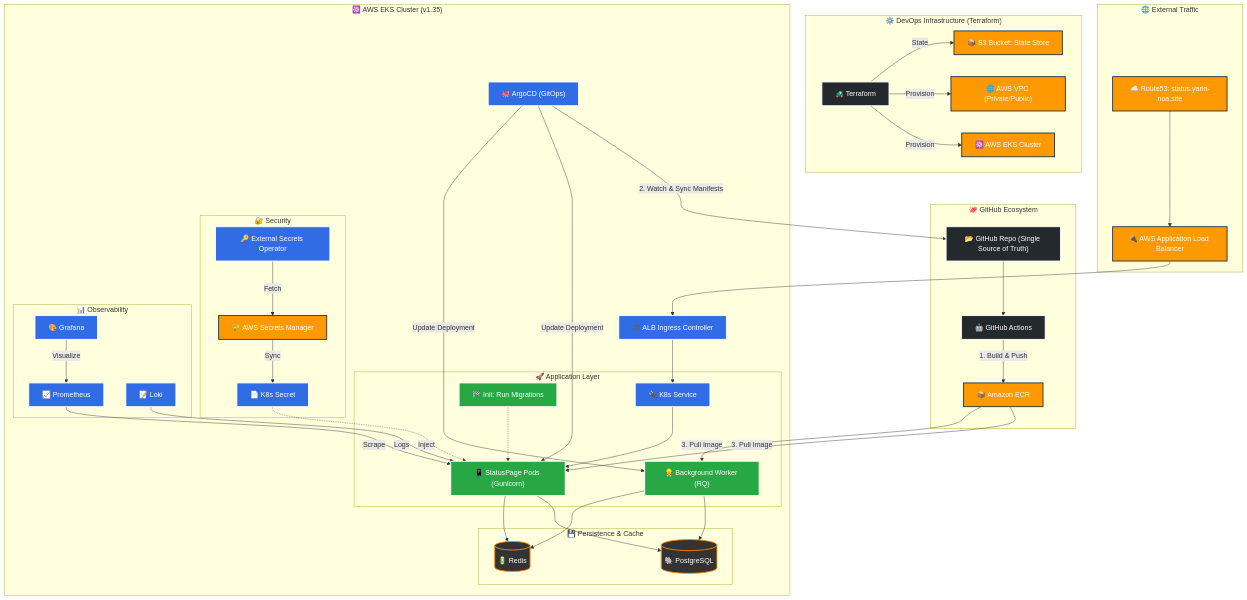
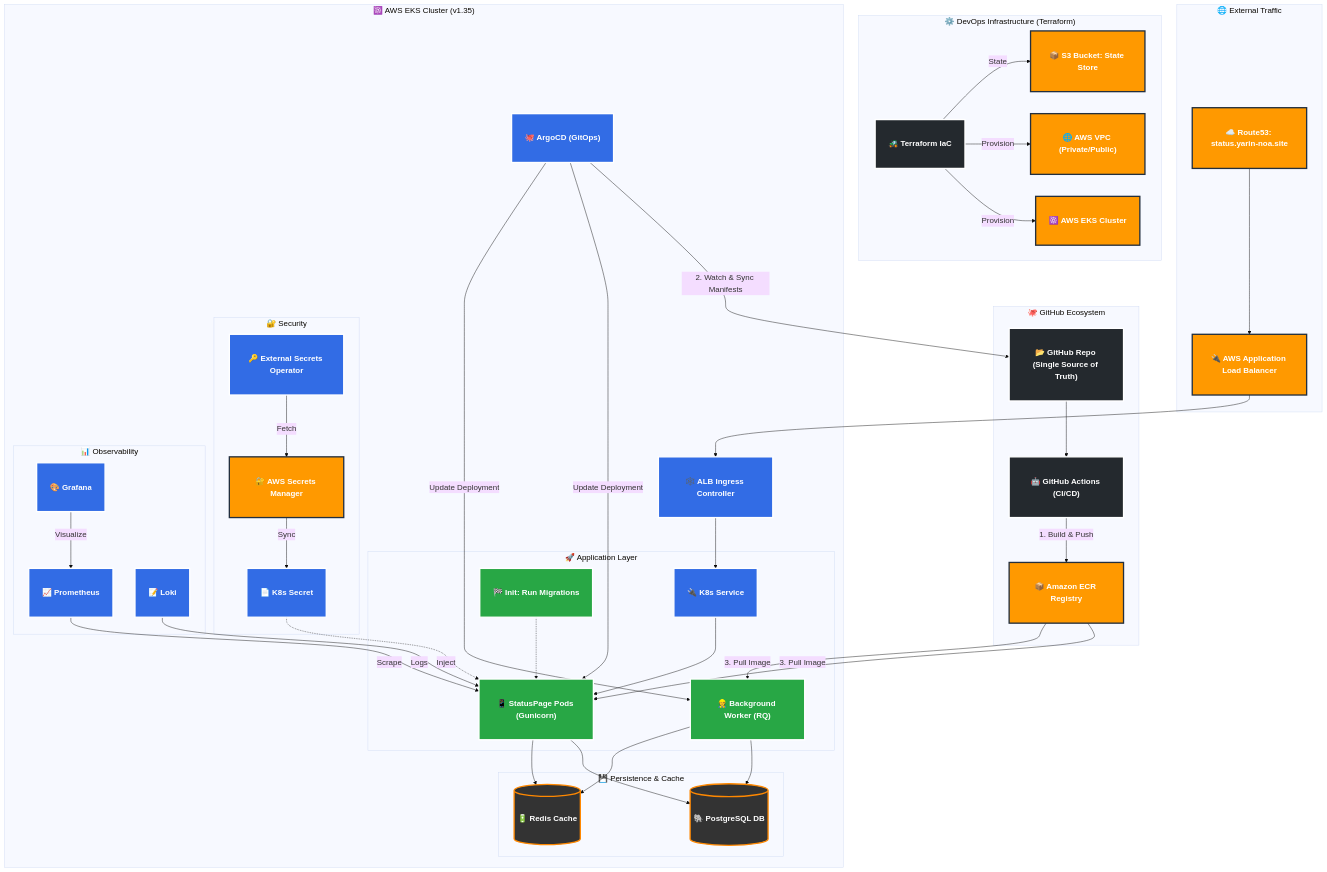
One commit to yarinalma6/nitzanim-final-workshop changed the diagram in README.md. Above: the diagram before and after it, drawn with Mermaid.

Commit message:
docs: increase Mermaid diagram size and legibility

````diff
--- a/README.md
+++ b/README.md
@@ -27,61 +27,62 @@
 ```mermaid
+%%{init: {'theme': 'base', 'themeVariables': { 'fontSize': '18px', 'fontFamily': 'Inter, system-ui, sans-serif'}}}%%
 graph TD
     %% Global Styles
-    classDef aws fill:#FF9900,stroke:#232F3E,stroke-width:2px,color:white;
-    classDef k8s fill:#326ce5,stroke:#fff,stroke-width:2px,color:white;
-    classDef db fill:#333,stroke:#f80,stroke-width:2px,color:white;
-    classDef gh fill:#24292e,stroke:#fff,stroke-width:2px,color:white;
-    classDef app fill:#28a745,stroke:#fff,stroke-width:2px,color:white;
+    classDef aws fill:#FF9900,stroke:#232F3E,stroke-width:3px,color:white,font-weight:bold,padding:20px;
+    classDef k8s fill:#326ce5,stroke:#fff,stroke-width:3px,color:white,font-weight:bold,padding:20px;
+    classDef db fill:#333,stroke:#f80,stroke-width:3px,color:white,font-weight:bold,padding:20px;
+    classDef gh fill:#24292e,stroke:#fff,stroke-width:3px,color:white,font-weight:bold,padding:20px;
+    classDef app fill:#28a745,stroke:#fff,stroke-width:3px,color:white,font-weight:bold,padding:20px;
 
     subgraph "🌐 External Traffic"
         DNS["☁️ Route53: status.yarin-noa.site"]:::aws --> ALB["🔌 AWS Application Load Balancer"]:::aws
     end
 
     subgraph "⚙️ DevOps Infrastructure (Terraform)"
-        TF["🚜 Terraform"]:::gh -->|State| S3["📦 S3 Bucket: State Store"]:::aws
+        TF["🚜 Terraform IaC"]:::gh -->|State| S3["📦 S3 Bucket: State Store"]:::aws
         TF -->|Provision| VPC["🌐 AWS VPC (Private/Public)"]:::aws
         TF -->|Provision| EKS["☸️ AWS EKS Cluster"]:::aws
     end
 
     subgraph "🐙 GitHub Ecosystem"
-        Repo["📂 GitHub Repo (Single Source of Truth)"]:::gh --> GHA["🤖 GitHub Actions"]:::gh
-        GHA -->|1. Build & Push| ECR["📦 Amazon ECR"]:::aws
+        Repo["📂 GitHub Repo (Single Source of Truth)"]:::gh --> GHA["🤖 GitHub Actions (CI/CD)"]:::gh
+        GHA -->|1. Build & Push| ECR["📦 Amazon ECR Registry"]:::aws
     end
 
     subgraph "☸️ AWS EKS Cluster (v1.35)"
         ALB --> Ing["🕸️ ALB Ingress Controller"]:::k8s
         Ing --> SVC["🔌 K8s Service"]:::k8s
         
         subgraph "🚀 Application Layer"
             SVC --> Pods["📱 StatusPage Pods (Gunicorn)"]:::app
             Worker["👷 Background Worker (RQ)"]:::app
             Init["🏁 Init: Run Migrations"]:::app -.-> Pods
         end
 
         ECR -->|3. Pull Image| Pods
         ECR -->|3. Pull Image| Worker
 
         subgraph "💾 Persistence & Cache"
-            Pods --> DB[("🐘 PostgreSQL")]:::db
+            Pods --> DB[("🐘 PostgreSQL DB")]:::db
             Worker --> DB
-            Pods --> Cache[("🔋 Redis")]:::db
+            Pods --> Cache[("🔋 Redis Cache")]:::db
             Worker --> Cache
         end
         
         Argo["🐙 ArgoCD (GitOps)"]:::k8s -- "2. Watch & Sync Manifests" --> Repo
         Argo -- "Update Deployment" --> Pods
         Argo -- "Update Deployment" --> Worker
         
         subgraph "🔐 Security"
             ESO["🔑 External Secrets Operator"]:::k8s -->|Fetch| SM["🔐 AWS Secrets Manager"]:::aws
             SM -->|Sync| K8sSec["📄 K8s Secret"]:::k8s
             K8sSec -.->|Inject| Pods
         end
         
         subgraph "📊 Observability"
             Prom["📈 Prometheus"]:::k8s -->|Scrape| Pods
             Graf["🎨 Grafana"]:::k8s -->|Visualize| Prom
             Loki["📝 Loki"]:::k8s -->|Logs| Pods
         end
     end
 ```
````
